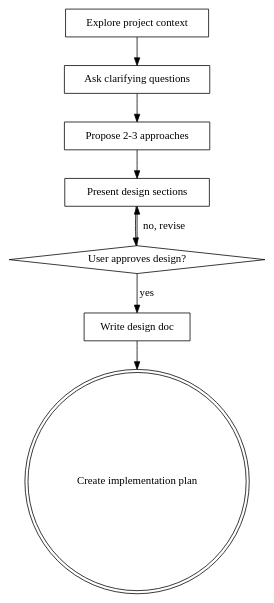
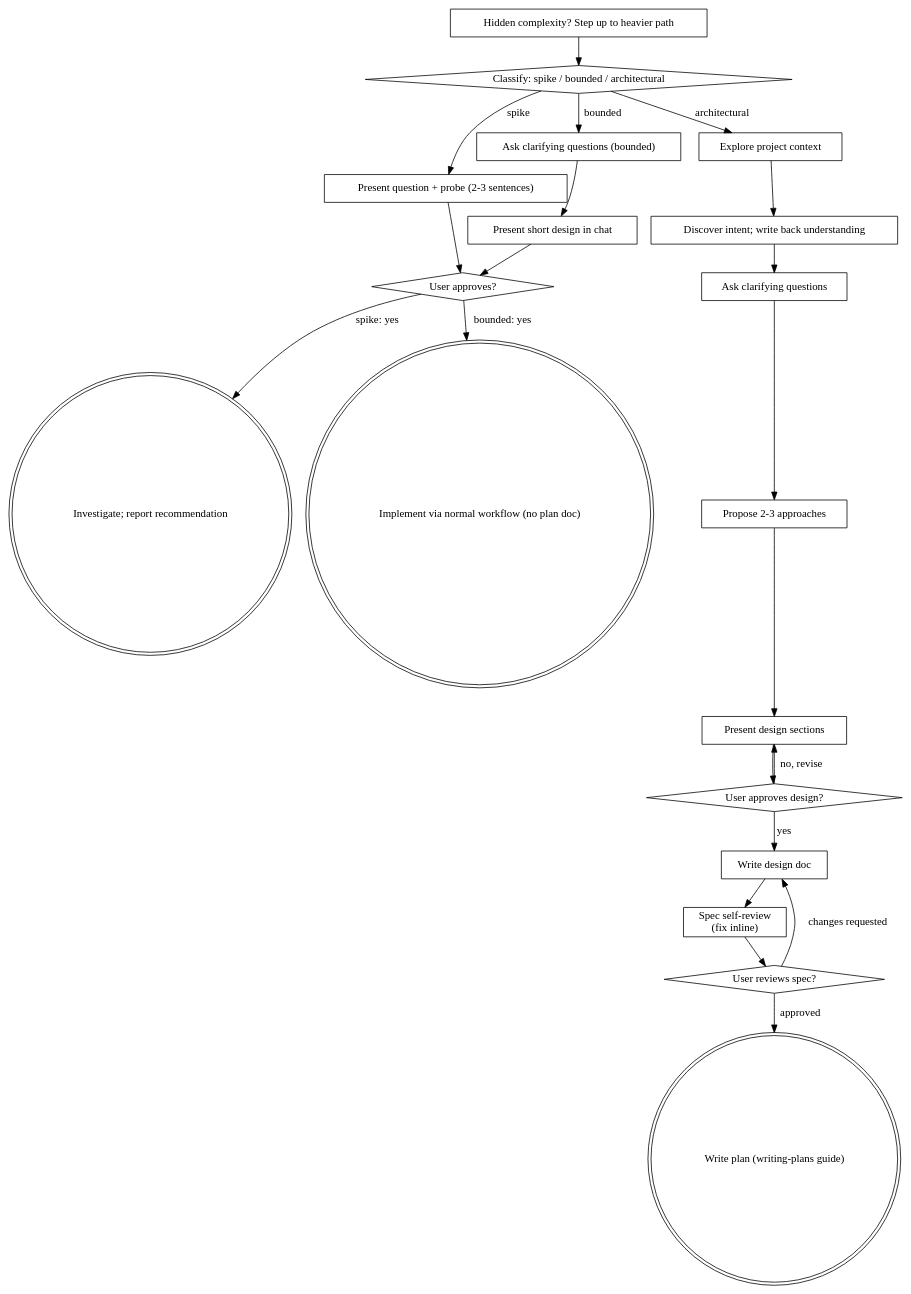
One commit to gautam-achieveai/ClaudePlugins changed the diagram in development/skills/brainstorming/SKILL.md. Above: the diagram before and after it, drawn with Graphviz. The commit also changed other lines of this file and 39 other files, not shown here.

````diff
--- a/development/skills/brainstorming/SKILL.md
+++ b/development/skills/brainstorming/SKILL.md
@@ -38,19 +152,43 @@
 ```dot
 digraph brainstorming {
+    "Classify: spike / bounded / architectural" [shape=diamond];
+    "Present question + probe (2-3 sentences)" [shape=box];
+    "Ask clarifying questions (bounded)" [shape=box];
+    "Present short design in chat" [shape=box];
+    "User approves?" [shape=diamond];
+    "Investigate; report recommendation" [shape=doublecircle];
+    "Implement via normal workflow (no plan doc)" [shape=doublecircle];
     "Explore project context" [shape=box];
+    "Discover intent; write back understanding" [shape=box];
     "Ask clarifying questions" [shape=box];
     "Propose 2-3 approaches" [shape=box];
     "Present design sections" [shape=box];
     "User approves design?" [shape=diamond];
     "Write design doc" [shape=box];
-    "Create implementation plan" [shape=doublecircle];
+    "Spec self-review\n(fix inline)" [shape=box];
+    "User reviews spec?" [shape=diamond];
+    "Write plan (writing-plans guide)" [shape=doublecircle];
+    "Hidden complexity? Step up to heavier path" [shape=box];
 
-    "Explore project context" -> "Ask clarifying questions";
+    "Classify: spike / bounded / architectural" -> "Present question + probe (2-3 sentences)" [label="spike"];
+    "Classify: spike / bounded / architectural" -> "Ask clarifying questions (bounded)" [label="bounded"];
+    "Classify: spike / bounded / architectural" -> "Explore project context" [label="architectural"];
+    "Present question + probe (2-3 sentences)" -> "User approves?";
+    "Ask clarifying questions (bounded)" -> "Present short design in chat";
+    "Present short design in chat" -> "User approves?";
+    "User approves?" -> "Investigate; report recommendation" [label="spike: yes"];
+    "User approves?" -> "Implement via normal workflow (no plan doc)" [label="bounded: yes"];
+    "Hidden complexity? Step up to heavier path" -> "Classify: spike / bounded / architectural";
+    "Explore project context" -> "Discover intent; write back understanding";
+    "Discover intent; write back understanding" -> "Ask clarifying questions";
     "Ask clarifying questions" -> "Propose 2-3 approaches";
     "Propose 2-3 approaches" -> "Present design sections";
     "Present design sections" -> "User approves design?";
     "User approves design?" -> "Present design sections" [label="no, revise"];
     "User approves design?" -> "Write design doc" [label="yes"];
-    "Write design doc" -> "Create implementation plan";
+    "Write design doc" -> "Spec self-review\n(fix inline)";
+    "Spec self-review\n(fix inline)" -> "User reviews spec?";
+    "User reviews spec?" -> "Write design doc" [label="changes requested"];
+    "User reviews spec?" -> "Write plan (writing-plans guide)" [label="approved"];
 }
 ```
````
